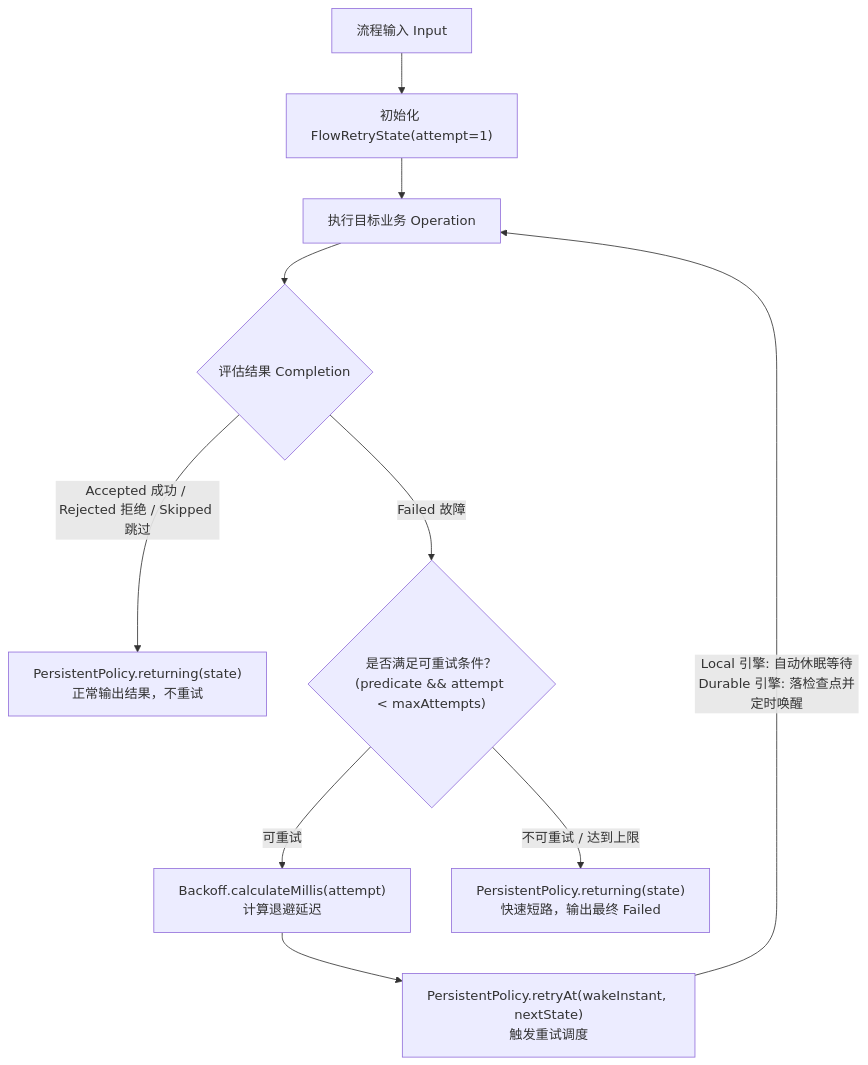
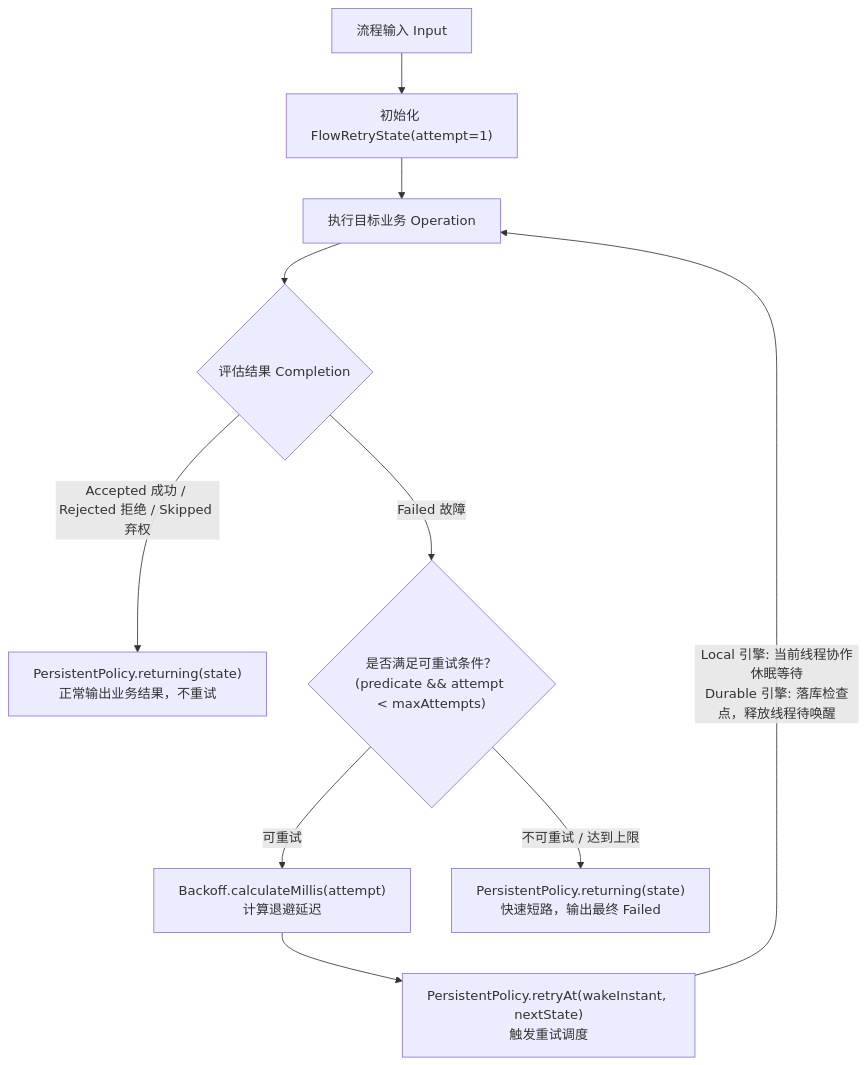
One commit to team4u/team4u-framework changed the diagram in docs/flow/policy-retry.md. Above: the diagram before and after it, drawn with Mermaid. The commit also changed other lines of this file and 21 other files, not shown here.

Commit message:
docs(flow): deepen technical documentation across core, governance, durable, and testing

````diff
--- a/docs/flow/policy-retry.md
+++ b/docs/flow/policy-retry.md
@@ -25,17 +27,18 @@
 ```mermaid
 graph TD
     IN["流程输入 Input"] --> INIT["初始化 FlowRetryState(attempt=1)"]
     INIT --> OP["执行目标业务 Operation"]
     
     OP --> EVAL{"评估结果 Completion"}
     
-    EVAL -->|Accepted 成功 / Rejected 拒绝 / Skipped 跳过| RET["PersistentPolicy.returning(state)<br/>正常输出结果，不重试"]
+    EVAL -->|Accepted 成功 / Rejected 拒绝 / Skipped 弃权| RET["PersistentPolicy.returning(state)<br/>正常输出业务结果，不重试"]
     
     EVAL -->|Failed 故障| CHK{"是否满足可重试条件？<br/>(predicate && attempt < maxAttempts)"}
     
     CHK -->|可重试| CALC["Backoff.calculateMillis(attempt)<br/>计算退避延迟"]
     CALC --> WAKE["PersistentPolicy.retryAt(wakeInstant, nextState)<br/>触发重试调度"]
-    WAKE -->|Local 引擎: 自动休眠等待<br/>Durable 引擎: 落检查点并定时唤醒| OP
+    
+    WAKE -->|Local 引擎: 当前线程协作休眠等待<br/>Durable 引擎: 落库检查点，释放线程待唤醒| OP
     
     CHK -->|不可重试 / 达到上限| RET_FAIL["PersistentPolicy.returning(state)<br/>快速短路，输出最终 Failed"]
 ```
````
